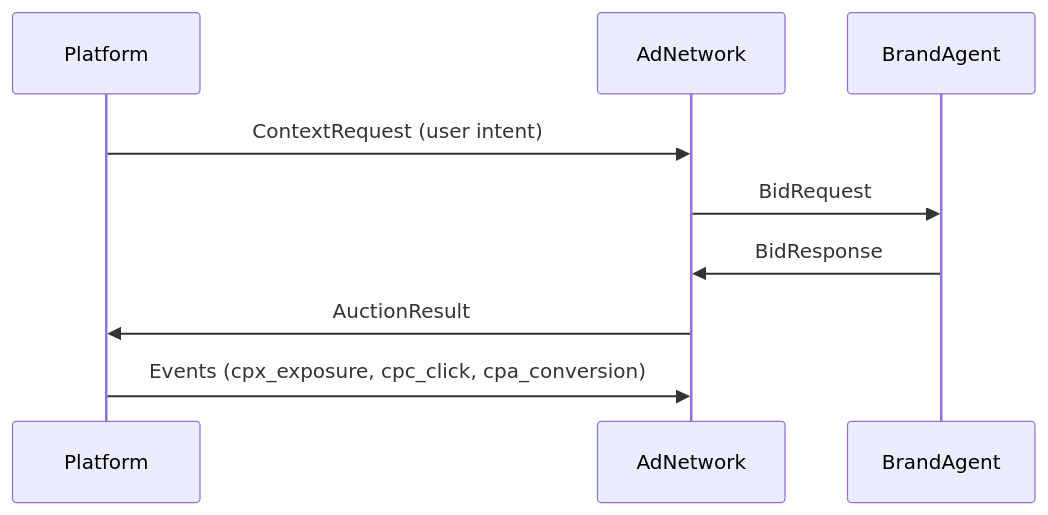
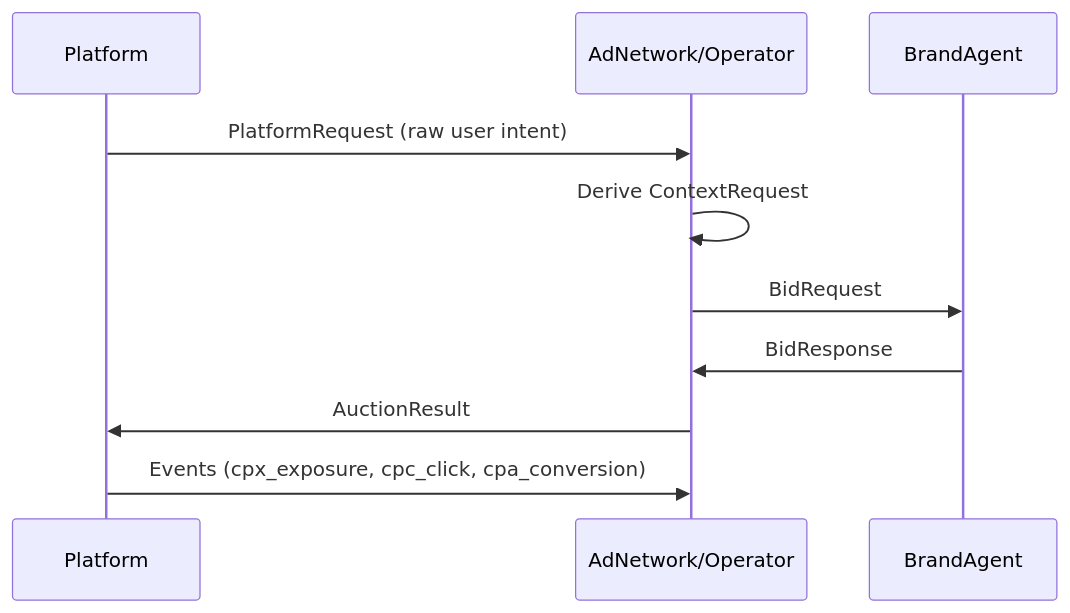
One commit to GouniManikumar12/mintlify-docs changed the diagram in protocol.mdx. Above: the diagram before and after it, drawn with Mermaid. The commit also changed other lines of this file, not shown here.

````diff
--- a/protocol.mdx
+++ b/protocol.mdx
@@ -35,12 +28,13 @@
 ```mermaid
 sequenceDiagram
   participant Platform
-  participant AdNetwork
+  participant Operator as AdNetwork/Operator
   participant BrandAgent
 
-  Platform->>AdNetwork: ContextRequest (user intent)
-  AdNetwork->>BrandAgent: BidRequest
-  BrandAgent->>AdNetwork: BidResponse
-  AdNetwork->>Platform: AuctionResult
-  Platform->>AdNetwork: Events (cpx_exposure, cpc_click, cpa_conversion)
+  Platform->>Operator: PlatformRequest (raw user intent)
+  Operator->>Operator: Derive ContextRequest
+  Operator->>BrandAgent: BidRequest
+  BrandAgent->>Operator: BidResponse
+  Operator->>Platform: AuctionResult
+  Platform->>Operator: Events (cpx_exposure, cpc_click, cpa_conversion)
 ```
````
